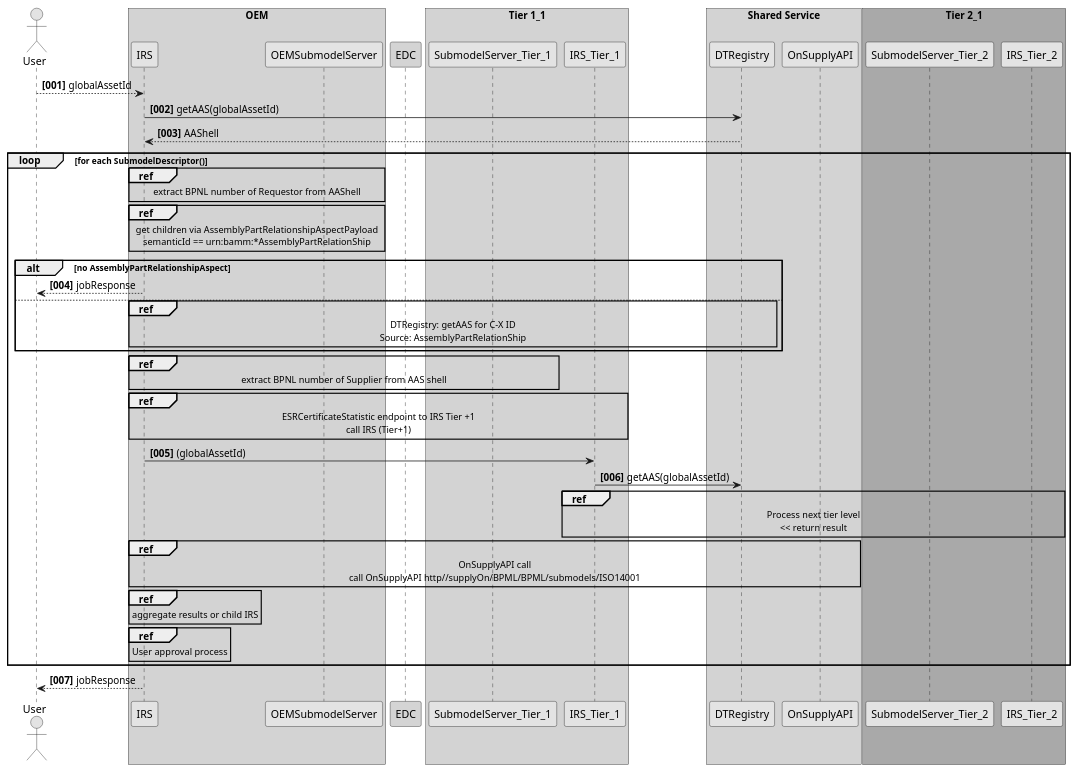
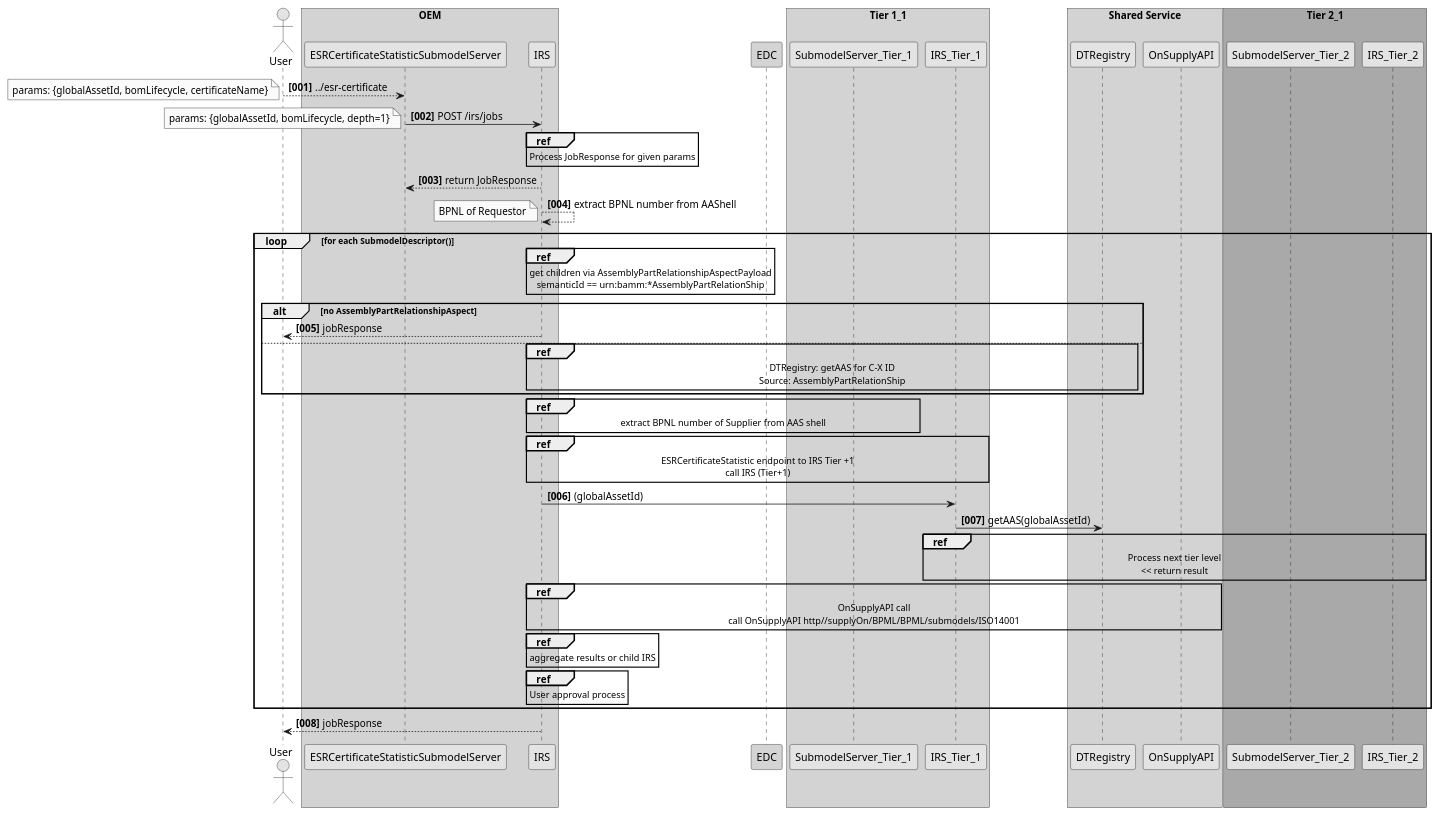
One commit to eclipse-tractusx/item-relationship-service changed the diagram in uml-diagrams/spike/esr-certificates/esr-certificate-sequence-traverse_childs.puml. Above: the diagram before and after it, drawn with PlantUML. The commit also changed 1 other file, not shown here.

Commit message:
chore(uml):[TRI-414] wip

```diff
--- a/uml-diagrams/spike/esr-certificates/esr-certificate-sequence-traverse_childs.puml
+++ b/uml-diagrams/spike/esr-certificates/esr-certificate-sequence-traverse_childs.puml
@@ -1,78 +1,92 @@
 @startuml
 skinparam monochrome true
 skinparam shadowing false
 
 autonumber "<b>[000]"
 
 actor User
 
 box "OEM" #LightGrey
-User --> IRS: globalAssetId
-IRS -> DTRegistry: getAAS(globalAssetId)
-IRS <-- DTRegistry: AAShell
-participant OEMSubmodelServer
+participant ESRCertificateStatisticSubmodelServer as ESRSubServer
+participant IRS as IRS
+User --> ESRSubServer: ../esr-certificate
+note left
+params: {globalAssetId, bomLifecycle, certificateName}
+end note
+ESRSubServer -> IRS : POST /irs/jobs
+note left
+params: {globalAssetId, bomLifecycle, depth=1}
+end note
+ref over IRS
+    Process JobResponse for given params
+end ref
+ESRSubServer <-- IRS : return JobResponse
+
+
+IRS --> IRS: extract BPNL number from AAShell
+note left
+    BPNL of Requestor
+end note
 
 loop for each SubmodelDescriptor()
-ref over IRS, OEMSubmodelServer
-    extract BPNL number of Requestor from AAShell
-end ref
-ref over IRS, OEMSubmodelServer
+
+ref over IRS
     get children via AssemblyPartRelationshipAspectPayload
     semanticId == urn:bamm:*AssemblyPartRelationShip
 end ref
 alt no AssemblyPartRelationshipAspect
        User <-- IRS: jobResponse
    else
 ref over IRS,DTRegistry
     DTRegistry: getAAS for C-X ID
     Source: AssemblyPartRelationShip
 end ref
 end opt
 ref over IRS, SubmodelServer_Tier_1
     extract BPNL number of Supplier from AAS shell
 end ref
 ref over IRS, IRS_Tier_1
     ESRCertificateStatistic endpoint to IRS Tier +1
     call IRS (Tier+1)
 end ref
     IRS -> IRS_Tier_1 : (globalAssetId)
     IRS_Tier_1 -> DTRegistry: getAAS(globalAssetId)
     ref over IRS_Tier_1, IRS_Tier_2
         Process next tier level
         << return result
     end ref
 ref over IRS, OnSupplyAPI
     OnSupplyAPI call
     call OnSupplyAPI http//supplyOn/BPML/BPML/submodels/ISO14001
 end ref
 ref over IRS
     aggregate results or child IRS
 end ref
 ref over IRS
     User approval process
 end ref
 end loop
 
 
 end box
 
 participant "EDC" as EDC1 #99FF99
 
 box "Tier 1_1" #LightGrey
 participant SubmodelServer_Tier_1
 participant IRS_Tier_1
 end box
 
 box "Shared Service" #LightGrey
 participant DTRegistry
 participant OnSupplyAPI
 end box
 
 box "Tier 2_1" #DarkGrey
 participant SubmodelServer_Tier_2
 participant IRS_Tier_2
 end box
 
 User <-- IRS: jobResponse
 
 @enduml
```
